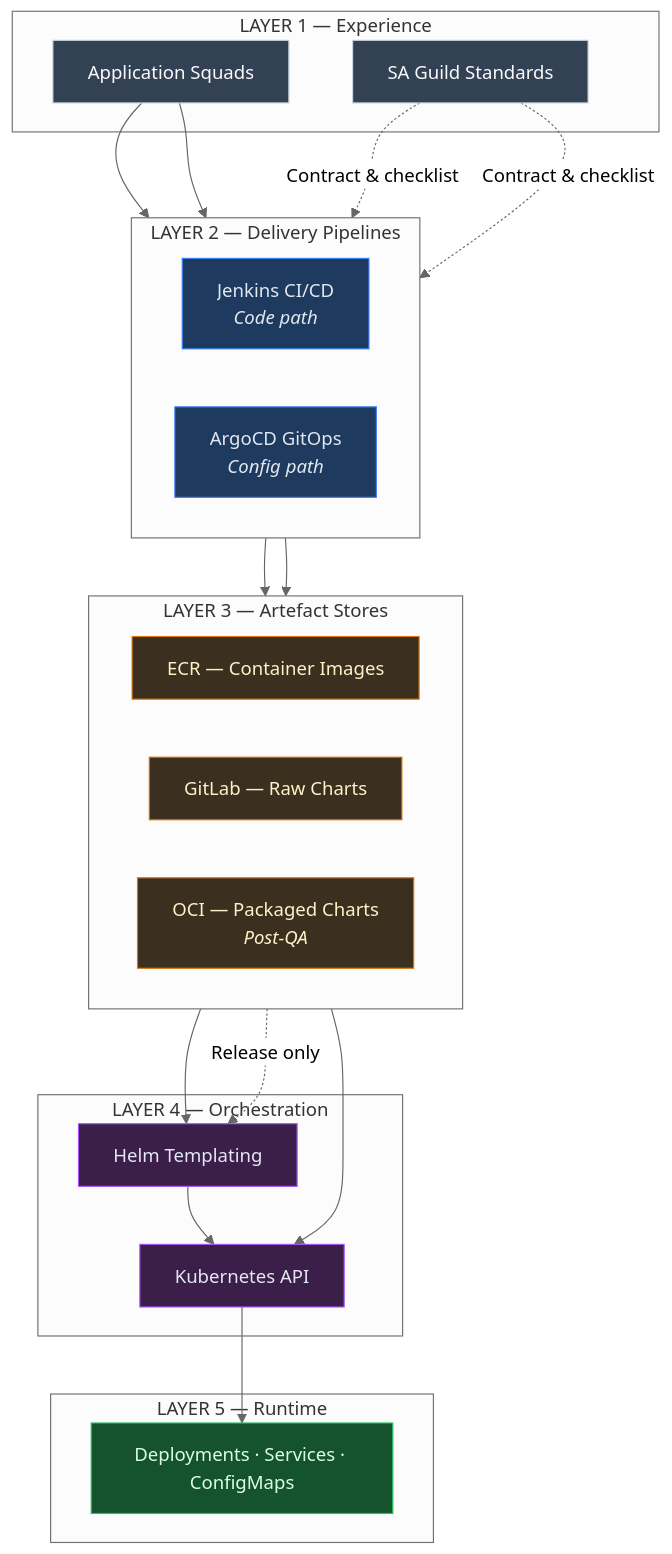
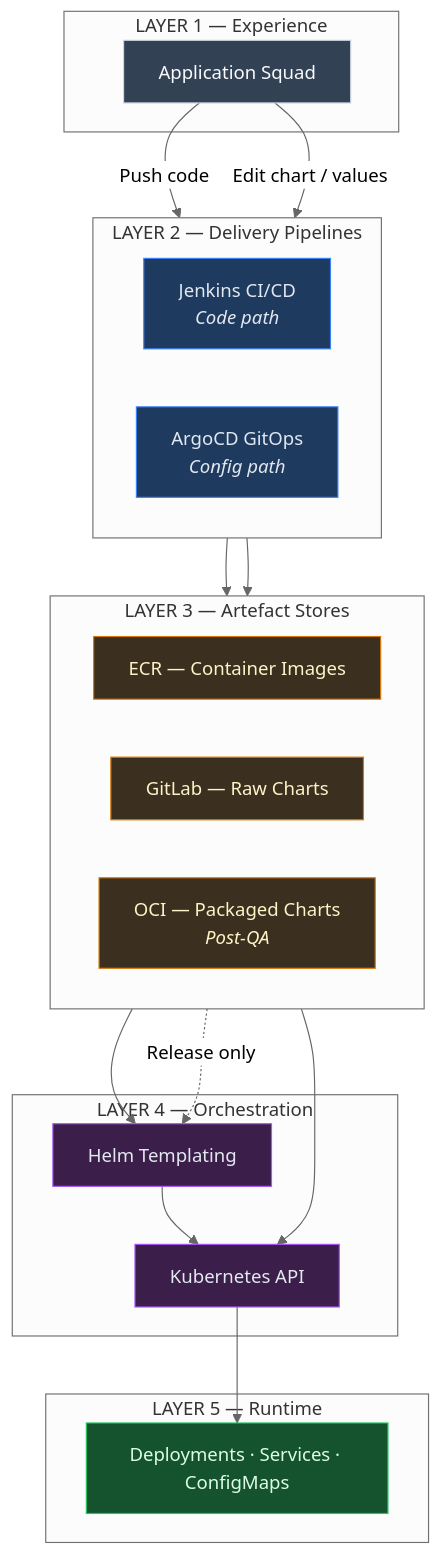
The seventh of 8 diagrams in SA_Guild_Architecture.md (ashir321/work), drawn with Mermaid (neutral theme) before and after one commit.

Commit message:
Simplify entry point to single Application Squad
Remove SA Guild Standards from layered view; Application Squad now
feeds both code and config delivery paths.

````diff
--- a/SA_Guild_Architecture.md
+++ b/SA_Guild_Architecture.md
@@ -303,54 +303,51 @@
 ```mermaid
 flowchart TB
     subgraph L1["LAYER 1 — Experience"]
-        SQUAD["Application Squads"]
-        GUILD["SA Guild Standards"]
+        SQUAD["Application Squad"]
     end
 
     subgraph L2["LAYER 2 — Delivery Pipelines"]
         direction LR
         CI["Jenkins CI/CD<br/><i>Code path</i>"]
         GITOPS["ArgoCD GitOps<br/><i>Config path</i>"]
     end
 
     subgraph L3["LAYER 3 — Artefact Stores"]
         direction LR
         REG_IMG["ECR — Container Images"]
         REG_CHART["GitLab — Raw Charts"]
         REG_OCI["OCI — Packaged Charts<br/><i>Post-QA</i>"]
     end
 
     subgraph L4["LAYER 4 — Orchestration"]
         HELM_L["Helm Templating"]
         K8S_L["Kubernetes API"]
     end
 
     subgraph L5["LAYER 5 — Runtime"]
         WORKLOAD["Deployments · Services · ConfigMaps"]
     end
 
-    SQUAD --> CI
-    SQUAD --> GITOPS
-    GUILD -.->|"Contract & checklist"| CI
-    GUILD -.->|"Contract & checklist"| GITOPS
+    SQUAD -->|"Push code"| CI
+    SQUAD -->|"Edit chart / values"| GITOPS
 
     CI --> REG_IMG
     GITOPS --> REG_CHART
     REG_CHART --> HELM_L
     REG_IMG --> K8S_L
     HELM_L --> K8S_L
     REG_OCI -.->|"Release only"| HELM_L
     K8S_L --> WORKLOAD
 
     classDef l1 fill:#334155,stroke:#cbd5e1,color:#f8fafc
     classDef l2 fill:#1e3a5f,stroke:#3b82f6,color:#e2e8f0
     classDef l3 fill:#3b2f1f,stroke:#d97706,color:#fef3c7
     classDef l4 fill:#3b1f4a,stroke:#a855f7,color:#e2e8f0
     classDef l5 fill:#14532d,stroke:#22c55e,color:#dcfce7
 
-    class SQUAD,GUILD l1
+    class SQUAD l1
     class CI,GITOPS l2
     class REG_IMG,REG_CHART,REG_OCI l3
     class HELM_L,K8S_L l4
     class WORKLOAD l5
 ```
````
